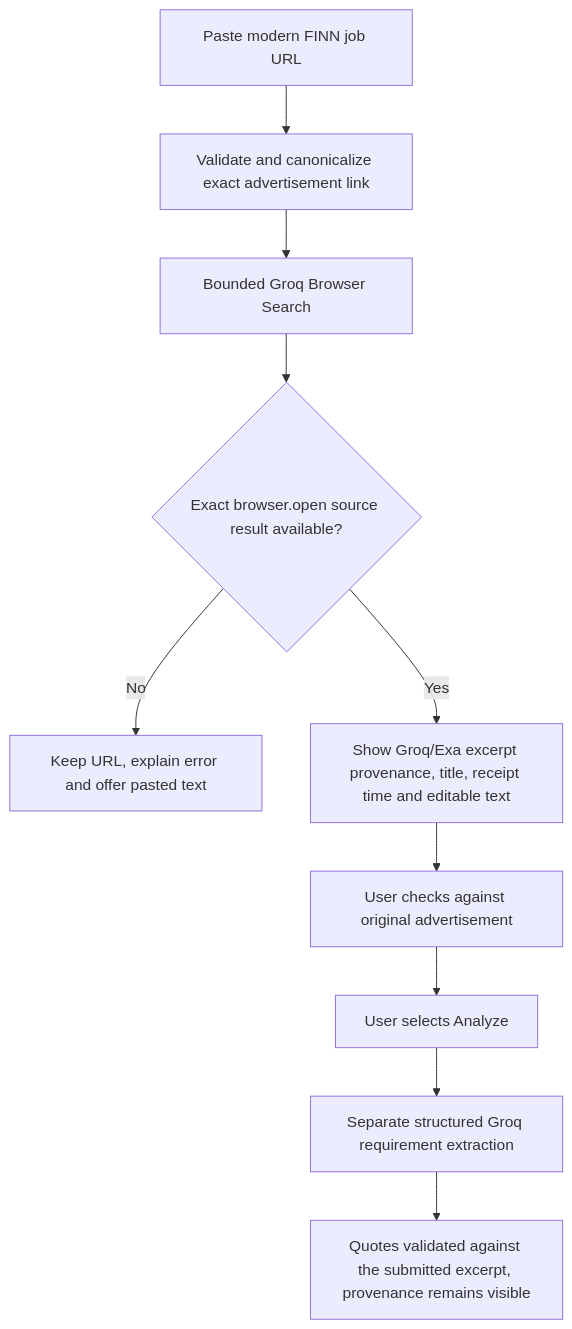
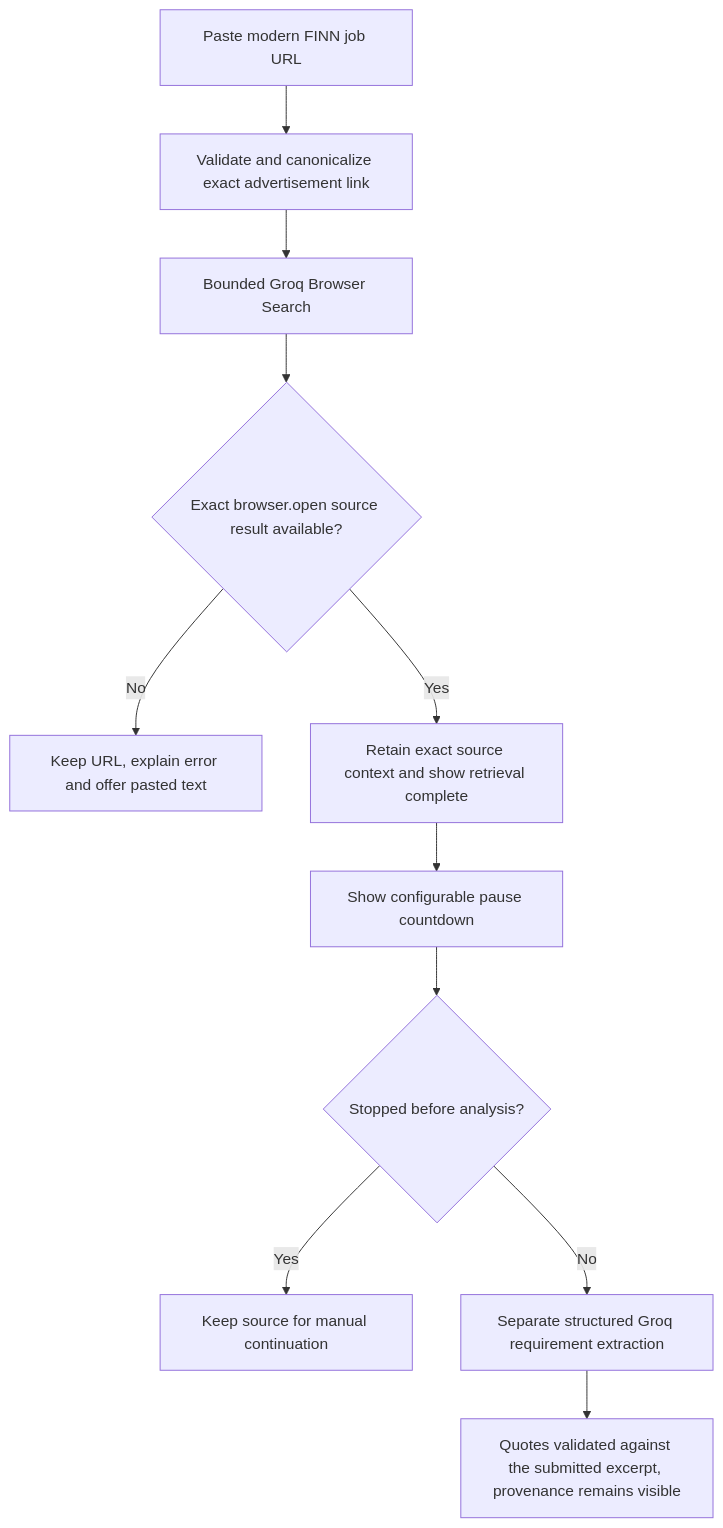
The sixth of 6 diagrams in USER_FLOWS.md (Dadogg80/career-agent-), drawn with Mermaid before and after one commit. The commit also changed other lines of this file and 21 other files, not shown here.

````diff
--- a/USER_FLOWS.md
+++ b/USER_FLOWS.md
@@ -140,12 +140,13 @@
 ```mermaid
 flowchart TD
     A[Paste modern FINN job URL] --> B[Validate and canonicalize exact advertisement link]
     B --> C[Bounded Groq Browser Search]
     C --> D{Exact browser.open source result available?}
     D -->|No| E[Keep URL, explain error and offer pasted text]
-    D -->|Yes| F[Show Groq/Exa excerpt provenance, title, receipt time and editable text]
-    F --> G[User checks against original advertisement]
-    G --> H[User selects Analyze]
-    H --> I[Separate structured Groq requirement extraction]
+    D -->|Yes| F[Retain exact source context and show retrieval complete]
+    F --> G[Show configurable pause countdown]
+    G --> H{Stopped before analysis?}
+    H -->|Yes| K[Keep source for manual continuation]
+    H -->|No| I[Separate structured Groq requirement extraction]
     I --> J[Quotes validated against the submitted excerpt, provenance remains visible]
 ```
````
